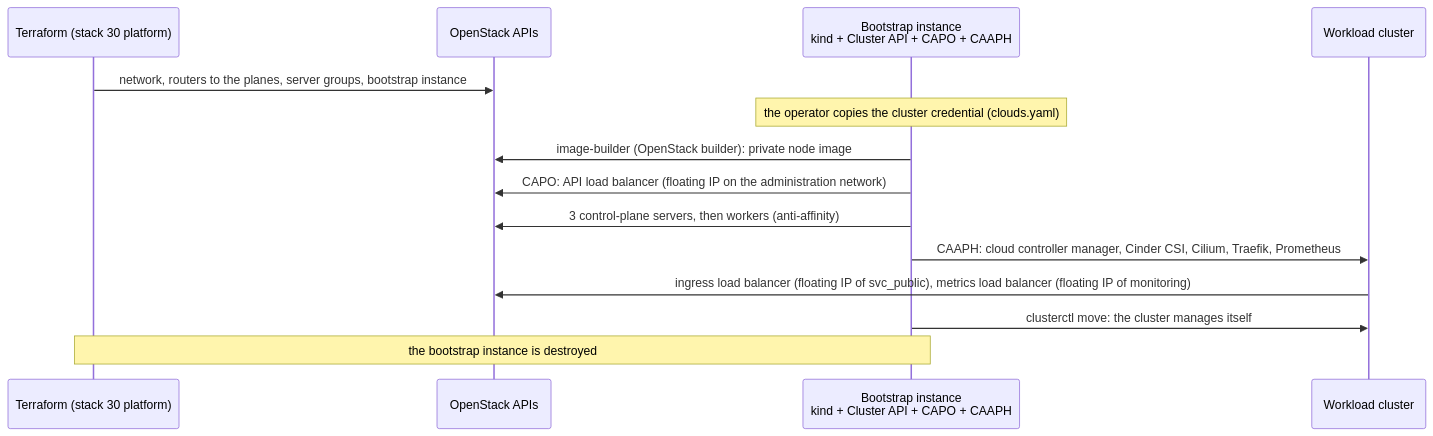
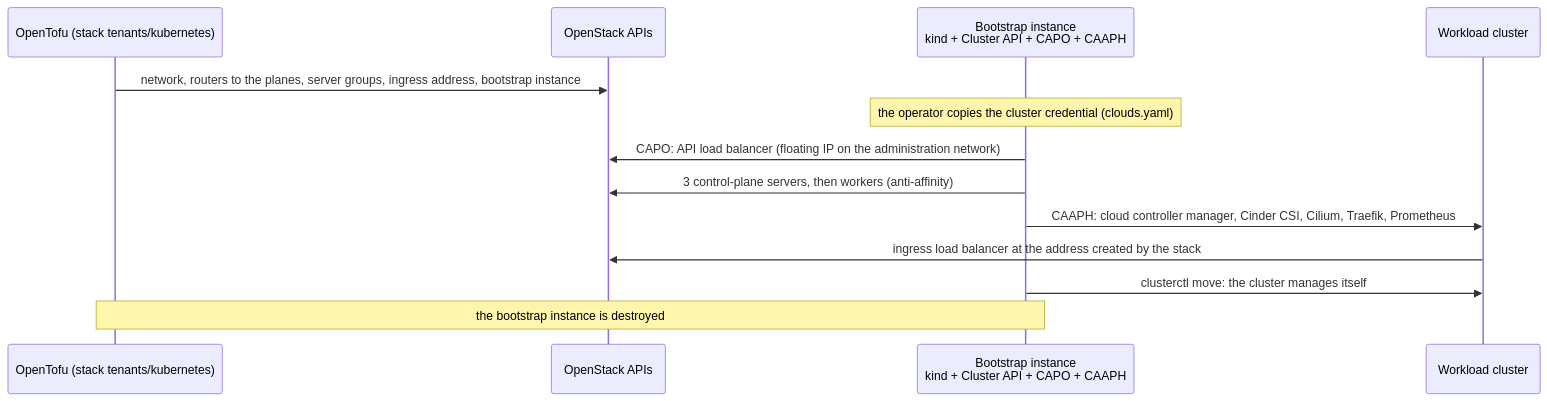
The eighth of 8 diagrams in docs/concepts/architecture.md (CyprisTech/openstack-multitenant-reference), drawn with Mermaid before and after one commit. The commit also changed other lines of this file and 67 other files, not shown here.

````diff
--- a/docs/concepts/architecture.md
+++ b/docs/concepts/architecture.md
@@ -233,16 +220,15 @@
 ```mermaid
 sequenceDiagram
-    participant TF as Terraform (stack 30 platform)
+    participant TF as OpenTofu (stack tenants/kubernetes)
     participant OS as OpenStack APIs
     participant B as Bootstrap instance<br/>kind + Cluster API + CAPO + CAAPH
     participant W as Workload cluster
-    TF->>OS: network, routers to the planes, server groups, bootstrap instance
+    TF->>OS: network, routers to the planes, server groups, ingress address, bootstrap instance
     Note over B: the operator copies the cluster credential (clouds.yaml)
-    B->>OS: image-builder (OpenStack builder): private node image
     B->>OS: CAPO: API load balancer (floating IP on the administration network)
     B->>OS: 3 control-plane servers, then workers (anti-affinity)
     B->>W: CAAPH: cloud controller manager, Cinder CSI, Cilium, Traefik, Prometheus
-    W->>OS: ingress load balancer (floating IP of svc_public), metrics load balancer (floating IP of monitoring)
+    W->>OS: ingress load balancer at the address created by the stack
     B->>W: clusterctl move: the cluster manages itself
     Note over TF,B: the bootstrap instance is destroyed
 ```
````
